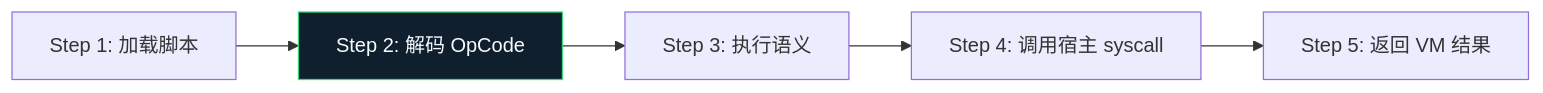
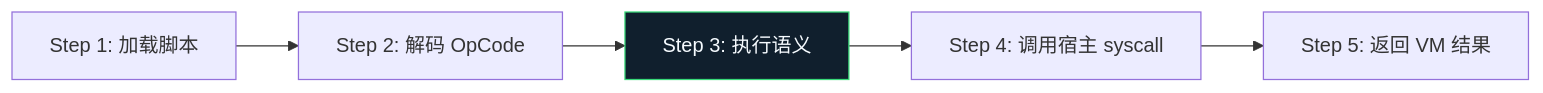
Before and after one commit to r3e-network/neo-vm-rs: the diagram in docs/figures/workflow.zh.mmd, drawn with Mermaid. The commit also changed 15 other files, not shown here.

```diff
--- a/docs/figures/workflow.zh.mmd
+++ b/docs/figures/workflow.zh.mmd
@@ -1,12 +1,12 @@
 flowchart LR
     N1["Step 1: 加载脚本"]
     N2["Step 2: 解码 OpCode"]
     N3["Step 3: 执行语义"]
     N4["Step 4: 调用宿主 syscall"]
     N5["Step 5: 返回 VM 结果"]
     N1 --> N2
     N2 --> N3
     N3 --> N4
     N4 --> N5
     classDef crate fill:#101f2d,stroke:#38d978,color:#f6fbff
-    class N2 crate
+    class N3 crate
```
